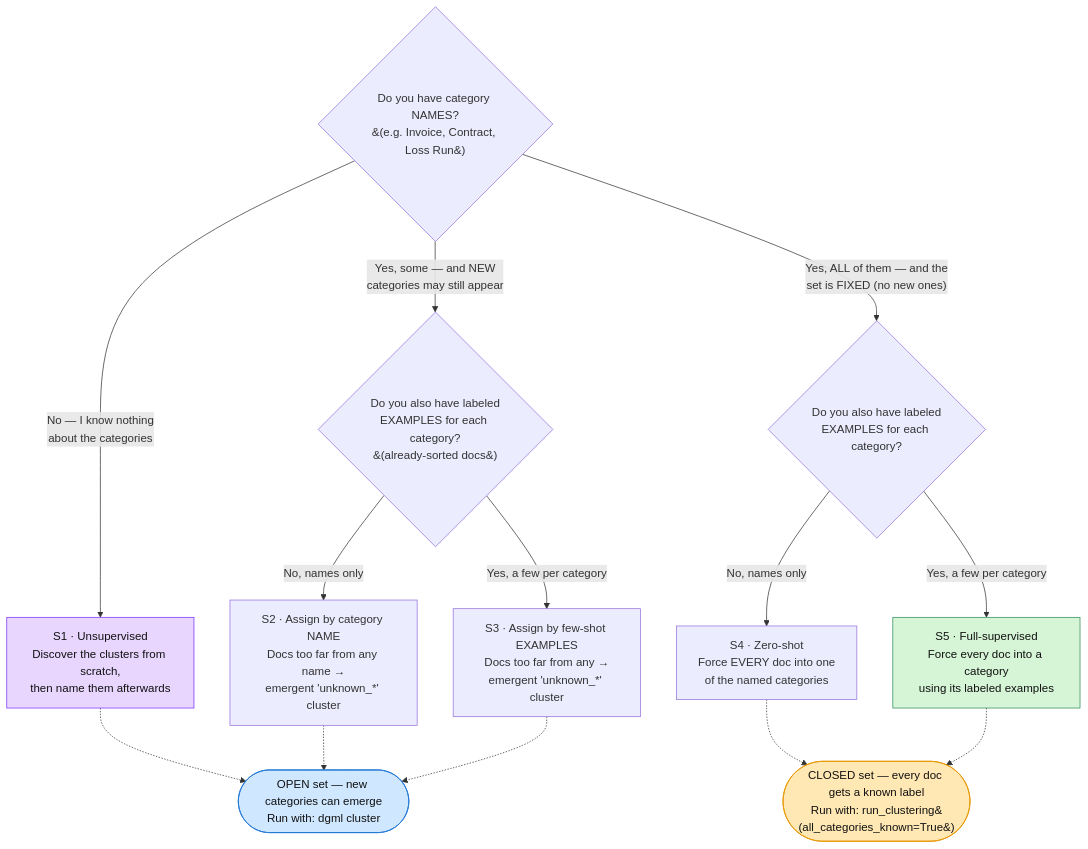
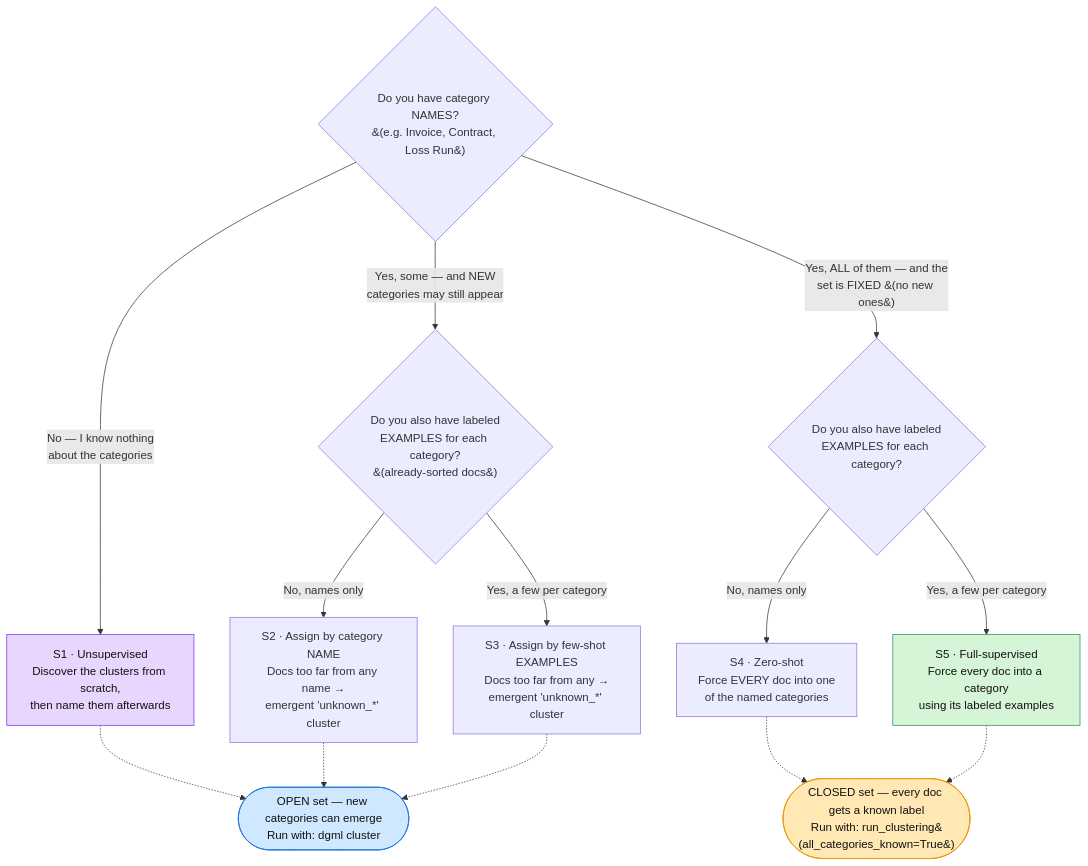
One commit to McInB/dgml changed the diagram in docs/choosing-a-clustering-scenario.md. Above: the diagram before and after it, drawn with Mermaid. The commit also changed other lines of this file and 1 other file, not shown here.

````diff
--- a/docs/choosing-a-clustering-scenario.md
+++ b/docs/choosing-a-clustering-scenario.md
@@ -15,23 +15,23 @@
 ```mermaid
 flowchart TD
     Q1{"Do you have category NAMES?<br/>&#40;e.g. Invoice, Contract, Loss Run&#41;"}
     Q1 -->|"No — I know nothing<br/>about the categories"| S1["S1 · Unsupervised<br/>Discover the clusters from scratch,<br/>then name them afterwards"]
     Q1 -->|"Yes, some — and NEW<br/>categories may still appear"| Q2{"Do you also have labeled<br/>EXAMPLES for each category?<br/>&#40;already-sorted docs&#41;"}
-    Q1 -->|"Yes, ALL of them — and the<br/>set is FIXED (no new ones)"| Q3{"Do you also have labeled<br/>EXAMPLES for each category?"}
+    Q1 -->|"Yes, ALL of them — and the<br/>set is FIXED &#40;no new ones&#41;"| Q3{"Do you also have labeled<br/>EXAMPLES for each category?"}
 
     Q2 -->|"No, names only"| S2["S2 · Assign by category NAME<br/>Docs too far from any name →<br/>emergent 'unknown_*' cluster"]
     Q2 -->|"Yes, a few per category"| S3["S3 · Assign by few-shot EXAMPLES<br/>Docs too far from any →<br/>emergent 'unknown_*' cluster"]
     Q3 -->|"No, names only"| S4["S4 · Zero-shot<br/>Force EVERY doc into one<br/>of the named categories"]
     Q3 -->|"Yes, a few per category"| S5["S5 · Full-supervised<br/>Force every doc into a category<br/>using its labeled examples"]
 
     S1 -.-> OPEN(["OPEN set — new categories can emerge<br/>Run with: dgml cluster"])
     S2 -.-> OPEN
     S3 -.-> OPEN
     S4 -.-> CLOSED(["CLOSED set — every doc gets a known label<br/>Run with: run_clustering&#40;all_categories_known=True&#41;"])
     S5 -.-> CLOSED
 
     style S1 fill:#e8d6ff,stroke:#7b2ff7,color:#111
     style S5 fill:#d6f5d6,stroke:#2e8b57,color:#111
     style OPEN fill:#cfe8ff,stroke:#1c74d4,color:#111
     style CLOSED fill:#ffe8b3,stroke:#e69500,color:#111
 ```
````
